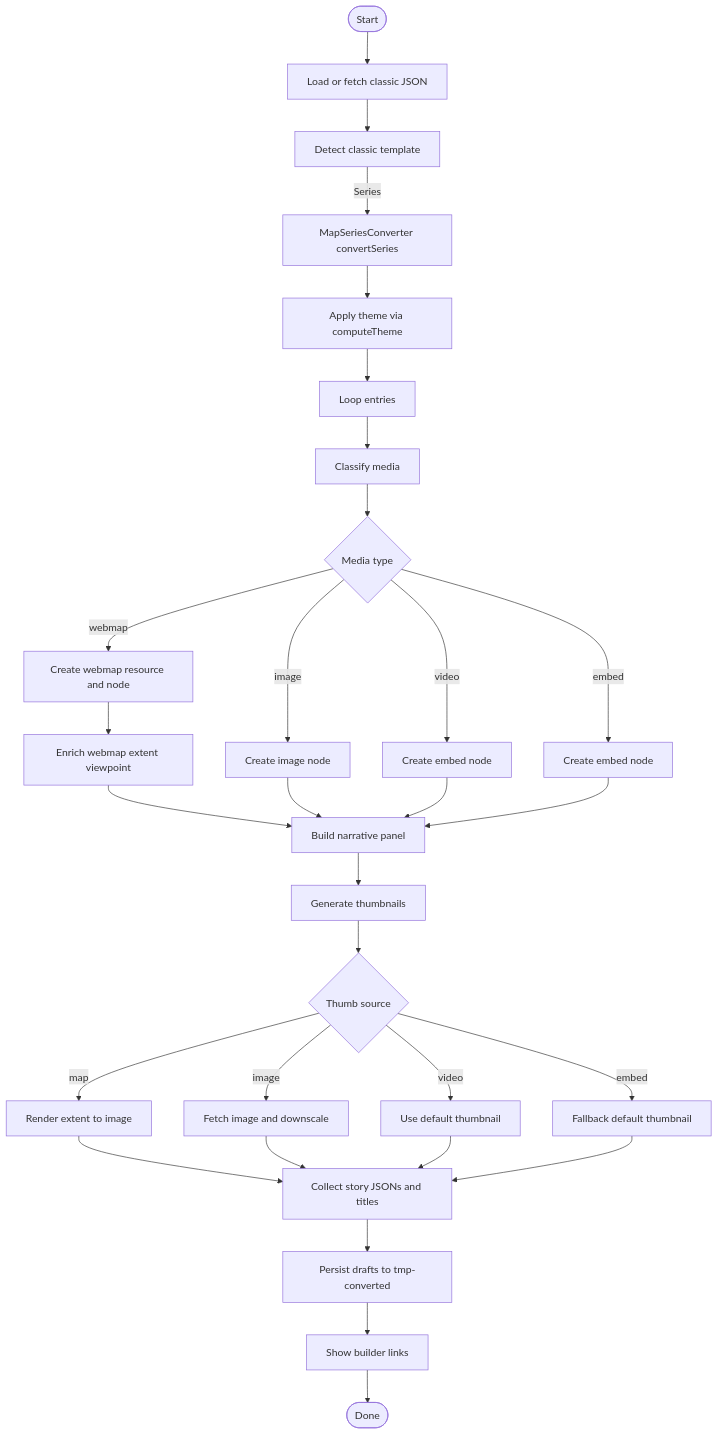
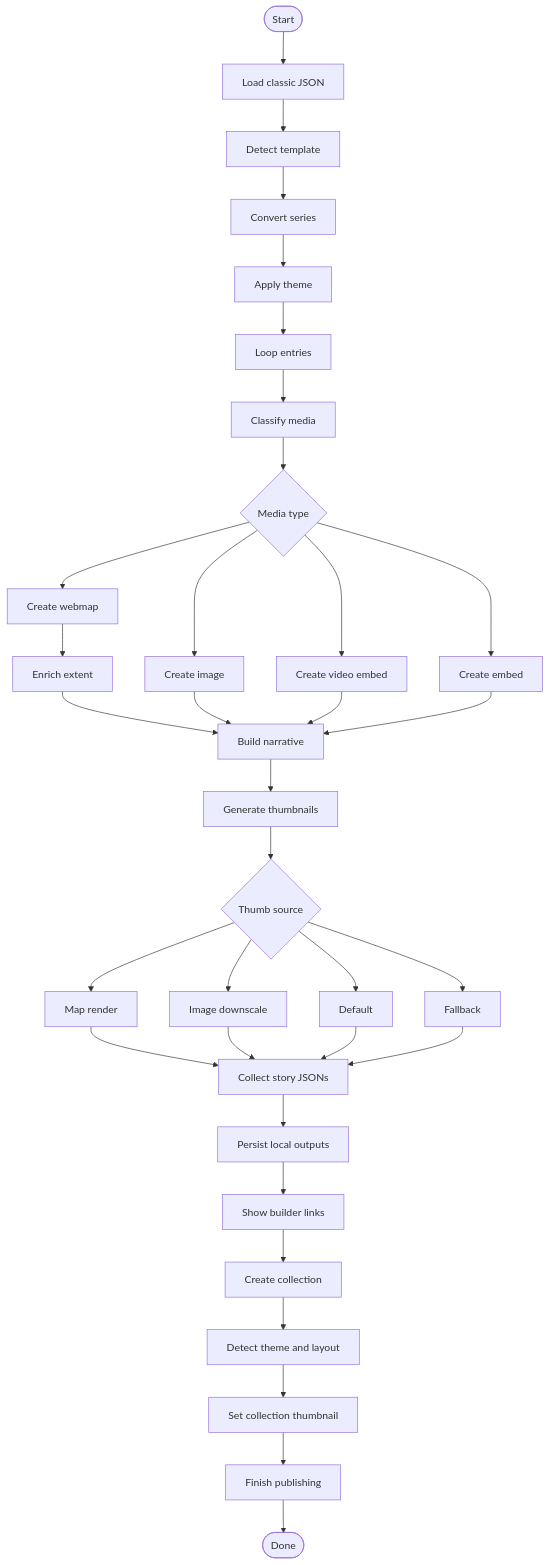
Before and after one commit to dasbury-esri/ArcGIS-StoryMaps-Classic-Converter-App: the second of 2 diagrams in QUARTO_NOTEBOOK_VS_APP.qmd, drawn with Mermaid. The commit also changed other lines of this file and 4 other files, not shown here.

Commit message:
updated quarto and mermaid files to reflect Map Series changes

````diff
--- a/QUARTO_NOTEBOOK_VS_APP.qmd
+++ b/QUARTO_NOTEBOOK_VS_APP.qmd
@@ -54,33 +54,37 @@
 ```{mermaid}
+%%{init: {"theme": "default"}}%%
 flowchart TB
-  B1([Start]) --> B2[Load or fetch classic JSON]
-  B2 --> B3[Detect classic template]
-  B3 -->|Series| B4[MapSeriesConverter convertSeries]
-  B4 --> B5[Apply theme via computeTheme]
-  B5 --> B6[Loop entries]
-  B6 --> B6a[Classify media]
-  B6a --> B6a1{Media type}
-  B6a1 -->|webmap| B6w[Create webmap resource and node]
-  B6a1 -->|image| B6i[Create image node]
-  B6a1 -->|video| B6v[Create embed node]
-  B6a1 -->|embed| B6e1[Create embed node]
-  B6w --> B7[Enrich webmap extent viewpoint]
-  B7 --> B6b[Build narrative panel]
-  B6i --> B6b
-  B6v --> B6b
-  B6e1 --> B6b
-  B6b --> B6c[Generate thumbnails]
-  B6c --> B6c1{Thumb source}
-  B6c1 -->|map| B6c2[Render extent to image]
-  B6c1 -->|image| B6c3[Fetch image and downscale]
-  B6c1 -->|video| B6c4[Use default thumbnail]
-  B6c1 -->|embed| B6c5[Fallback default thumbnail]
-  B6c2 --> B8
-  B6c3 --> B8
-  B6c4 --> B8
-  B6c5 --> B8
-  B8[Collect story JSONs and titles]
-  B8 --> B9[Persist drafts to tmp-converted]
-  B9 --> B10[Show builder links]
-  B10 --> B11([Done])
+  start([Start]) --> load[Load classic JSON]
+  load --> detect[Detect template]
+  detect --> convert[Convert series]
+  convert --> theme[Apply theme]
+  theme --> loop[Loop entries]
+  loop --> classify[Classify media]
+  classify --> choice{Media type}
+  choice --> wm[Create webmap]
+  choice --> img[Create image]
+  choice --> vid[Create video embed]
+  choice --> emb[Create embed]
+  wm --> enrich[Enrich extent]
+  enrich --> narrative[Build narrative]
+  img --> narrative
+  vid --> narrative
+  emb --> narrative
+  narrative --> thumbs[Generate thumbnails]
+  thumbs --> src{Thumb source}
+  src --> mapthumb[Map render]
+  src --> imgthumb[Image downscale]
+  src --> defthumb[Default]
+  src --> fbthumb[Fallback]
+  mapthumb --> collect[Collect story JSONs]
+  imgthumb --> collect
+  defthumb --> collect
+  fbthumb --> collect
+  collect --> persist[Persist local outputs]
+  persist --> links[Show builder links]
+  links --> agsm[Create collection]
+  agsm --> detect2[Detect theme and layout]
+  detect2 --> thumbset[Set collection thumbnail]
+  thumbset --> finish[Finish publishing]
+  finish --> done([Done])
 ```
````
